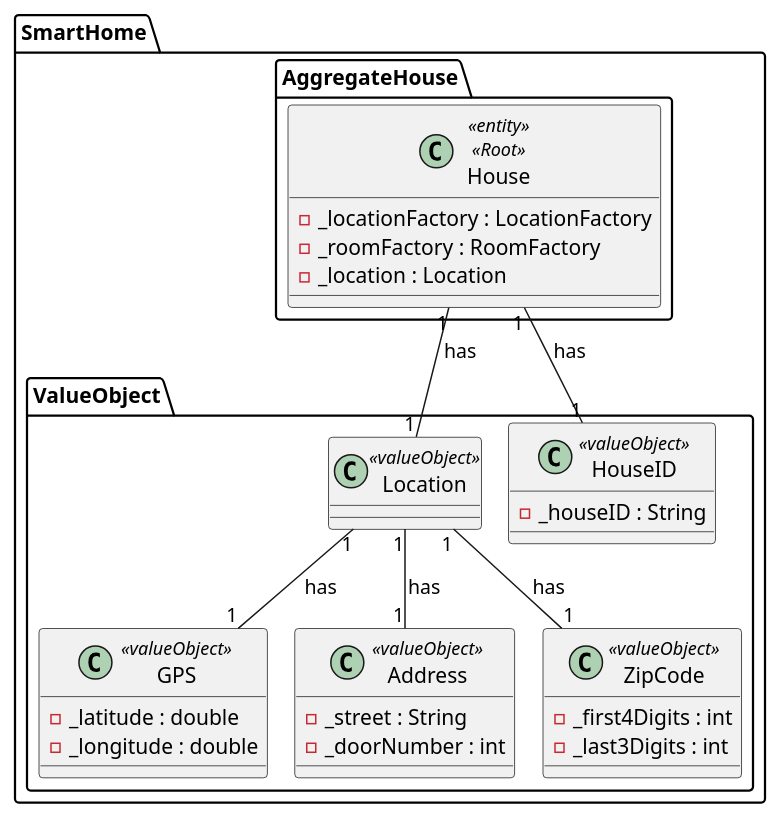
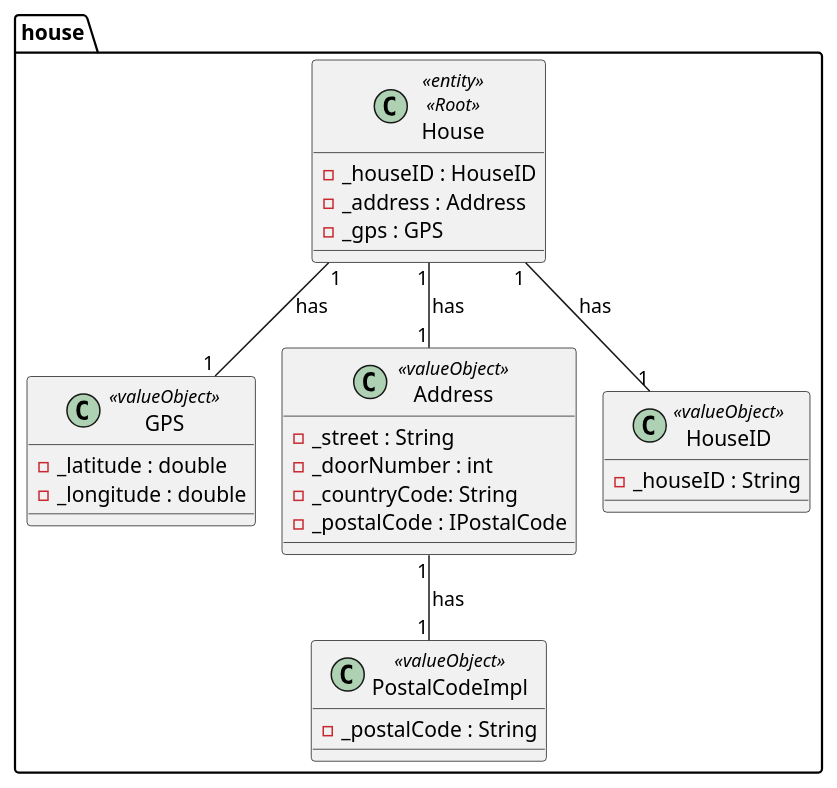
The diagram in docs/ooa/4.agreggateModels/House.puml (olivDiogo/SmartHome), drawn with PlantUML before and after one commit. The commit also changed 11 other files, not shown here.

```diff
--- a/docs/ooa/4.agreggateModels/House.puml
+++ b/docs/ooa/4.agreggateModels/House.puml
@@ -1,45 +1,40 @@
 @startuml
 'https://plantuml.com/class-diagram
 !pragma layout smetana
 
-package SmartHome.AggregateHouse {
+package house {
 
     class House <<entity>> <<Root>> {
-    - _locationFactory : LocationFactory
-    - _roomFactory : RoomFactory
-    - _location : Location
+    - _houseID : HouseID
+    - _address : Address
+    - _gps : GPS
     }
-}
-
-package SmartHome.ValueObject{
 
     class GPS <<valueObject>> {
     - _latitude : double
     - _longitude : double
     }
 
     class Address <<valueObject>> {
     - _street : String
     - _doorNumber : int
+    - _countryCode: String
+    - _postalCode : IPostalCode
     }
 
-    class Location <<valueObject>> {
+    class PostalCodeImpl <<valueObject>> {
+    - _postalCode : String
     }
 
-    class ZipCode <<valueObject>> {
-    - _first4Digits : int
-    - _last3Digits : int
-    }
 
     class HouseID <<valueObject>> {
     - _houseID : String
     }
 }
 
-House "1" -- "1" Location : has
 House "1" -- "1" HouseID : has
-Location "1" -- "1" GPS : has
-Location "1" -- "1" Address : has
-Location "1" -- "1" ZipCode : has
+House "1" -- "1" GPS : has
+House "1" -- "1" Address : has
+Address "1" -- "1" PostalCodeImpl : has
 
 @enduml
```
